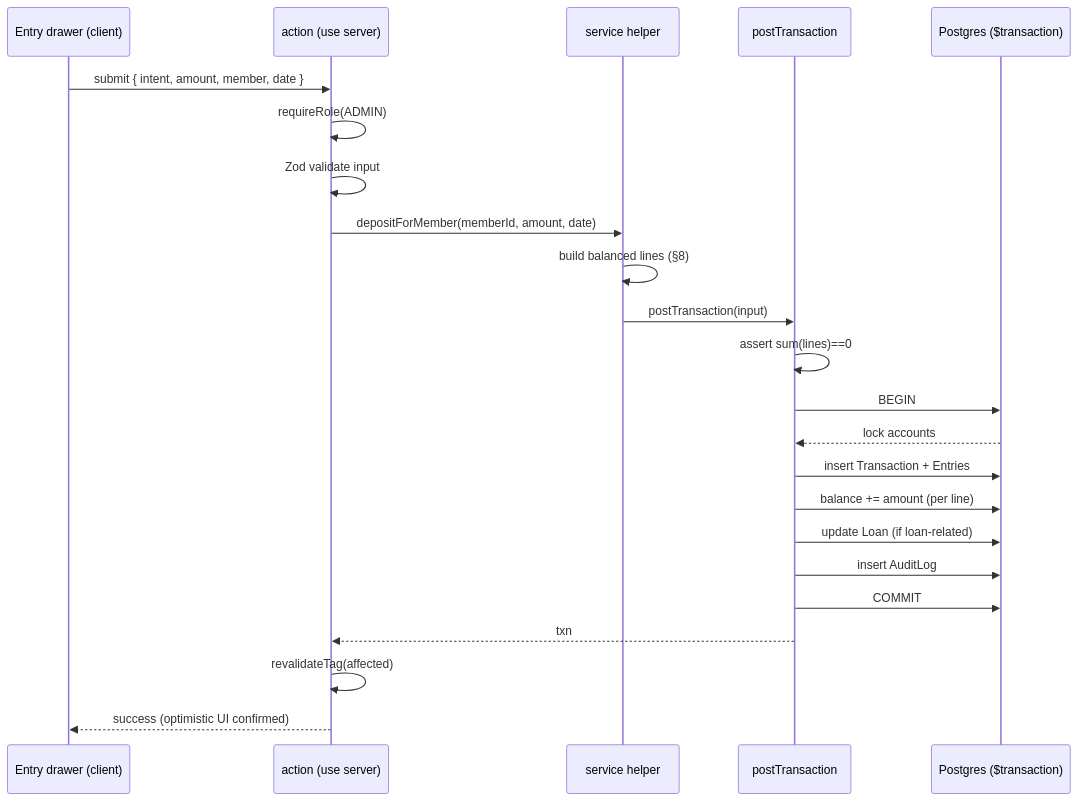
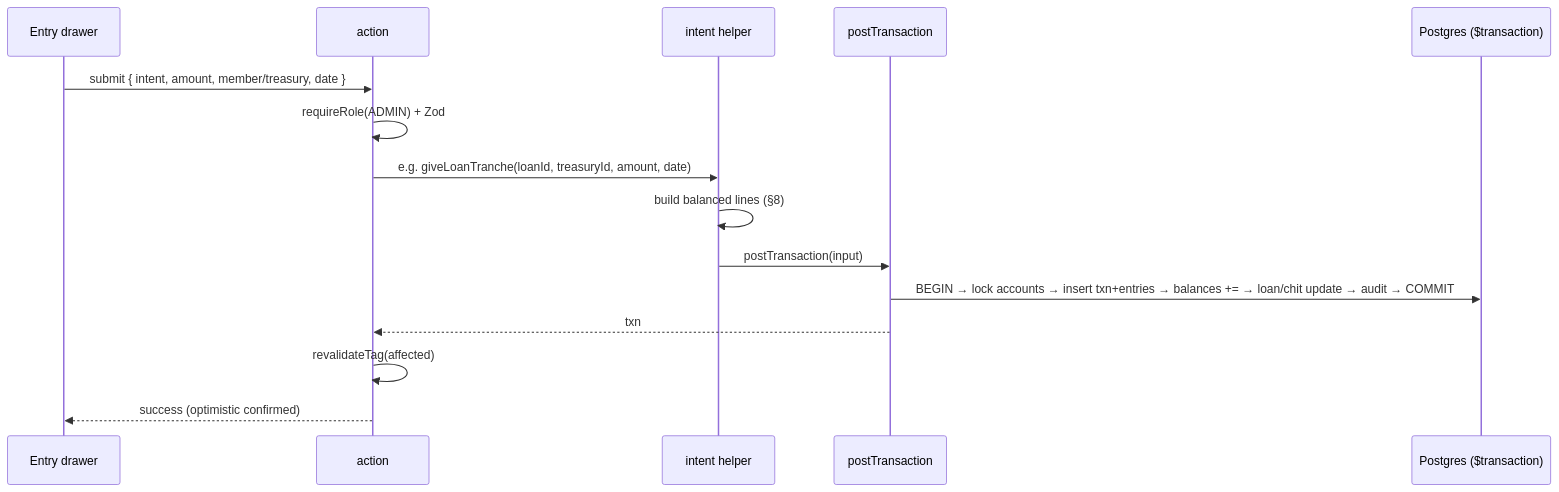
The second of 7 diagrams in docs/IMPLEMENTATION_PLAN.md (iam-hussain/peacock), drawn with Mermaid before and after one commit. The commit also changed other lines of this file, not shown here.

````diff
--- a/docs/IMPLEMENTATION_PLAN.md
+++ b/docs/IMPLEMENTATION_PLAN.md
@@ -666,26 +611,17 @@
 ```mermaid
 sequenceDiagram
-  participant UI as Entry drawer (client)
-  participant ACT as action (use server)
-  participant SVC as service helper
+  participant UI as Entry drawer
+  participant ACT as action
+  participant SVC as intent helper
   participant LED as postTransaction
   participant DB as Postgres ($transaction)
-
-  UI->>ACT: submit { intent, amount, member, date }
-  ACT->>ACT: requireRole(ADMIN)
-  ACT->>ACT: Zod validate input
-  ACT->>SVC: depositForMember(memberId, amount, date)
+  UI->>ACT: submit { intent, amount, member/treasury, date }
+  ACT->>ACT: requireRole(ADMIN) + Zod
+  ACT->>SVC: e.g. giveLoanTranche(loanId, treasuryId, amount, date)
   SVC->>SVC: build balanced lines (§8)
   SVC->>LED: postTransaction(input)
-  LED->>LED: assert sum(lines)==0
-  LED->>DB: BEGIN
-  DB-->>LED: lock accounts
-  LED->>DB: insert Transaction + Entries
-  LED->>DB: balance += amount (per line)
-  LED->>DB: update Loan (if loan-related)
-  LED->>DB: insert AuditLog
-  LED->>DB: COMMIT
+  LED->>DB: BEGIN → lock accounts → insert txn+entries → balances += → loan/chit update → audit → COMMIT
   LED-->>ACT: txn
   ACT->>ACT: revalidateTag(affected)
-  ACT-->>UI: success (optimistic UI confirmed)
+  ACT-->>UI: success (optimistic confirmed)
 ```
````
